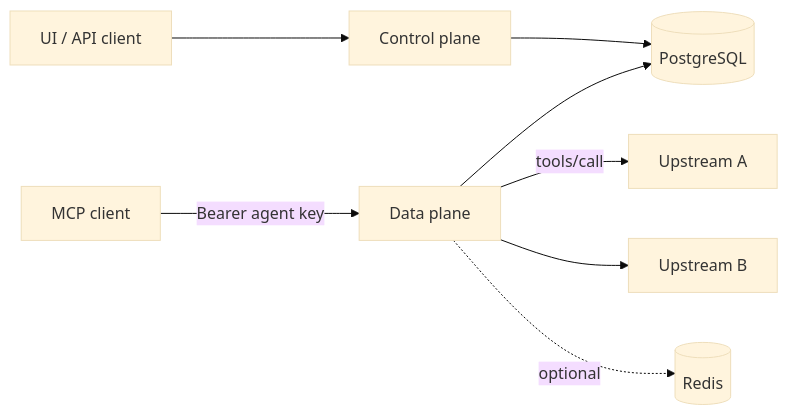
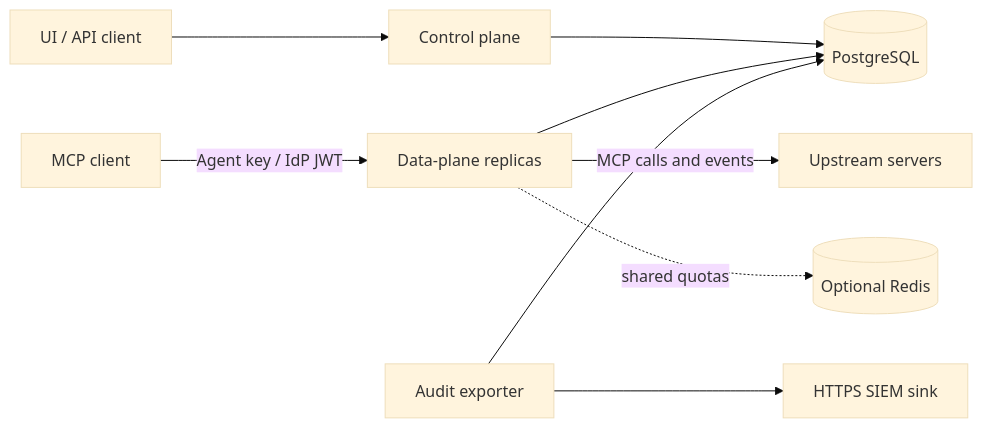
Before and after one commit to bishoku/vmcp: the diagram in docs/Architecture.md, drawn with Mermaid (base theme). The commit also changed other lines of this file and 31 other files, not shown here.

````diff
--- a/docs/Architecture.md
+++ b/docs/Architecture.md
@@ -3,10 +3,11 @@
 ```mermaid
 flowchart LR
-    Agent[MCP client] -->|Bearer agent key| DP[Data plane]
+    Agent[MCP client] -->|Agent key / IdP JWT| DP[Data-plane replicas]
     Admin[UI / API client] --> CP[Control plane]
     CP --> PG[(PostgreSQL)]
     DP --> PG
-    DP -->|tools/call| Up1[Upstream A]
-    DP --> Up2[Upstream B]
-    DP -. optional .-> Redis[(Redis)]
+    DP -->|MCP calls and events| Up[Upstream servers]
+    DP -. shared quotas .-> Redis[(Optional Redis)]
+    Export[Audit exporter] --> PG
+    Export --> Sink[HTTPS SIEM sink]
 ```
````
